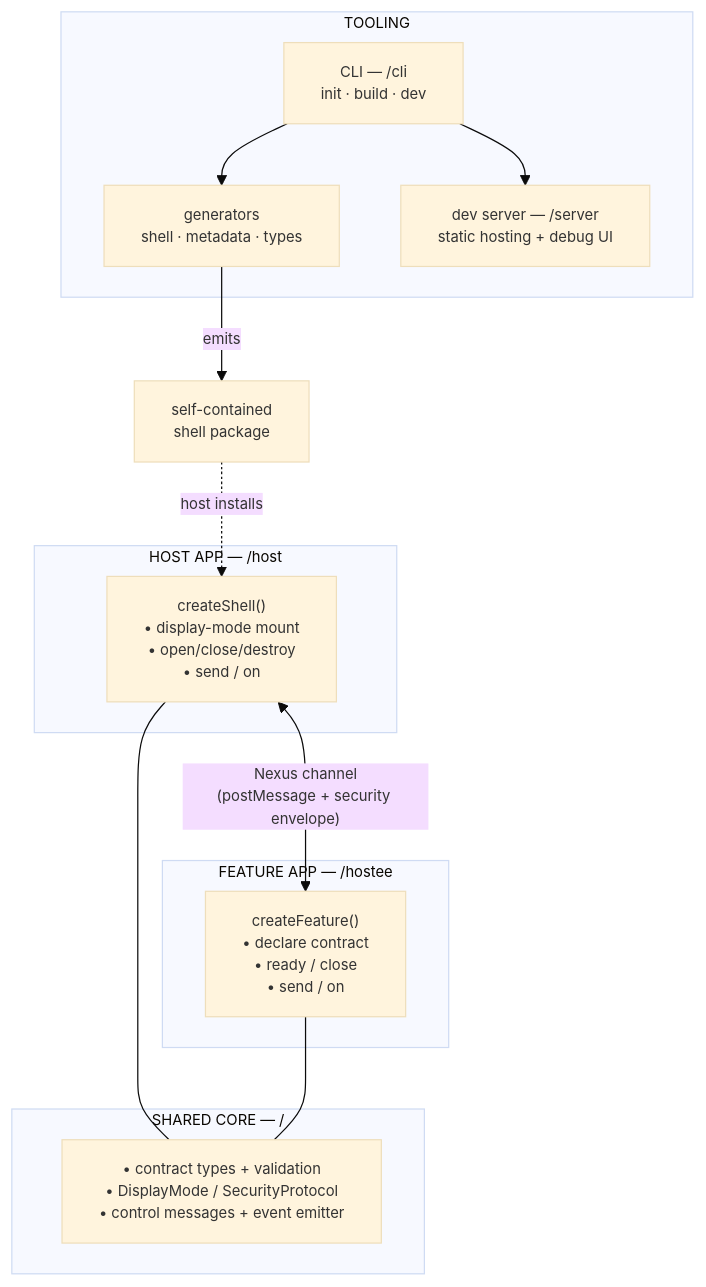
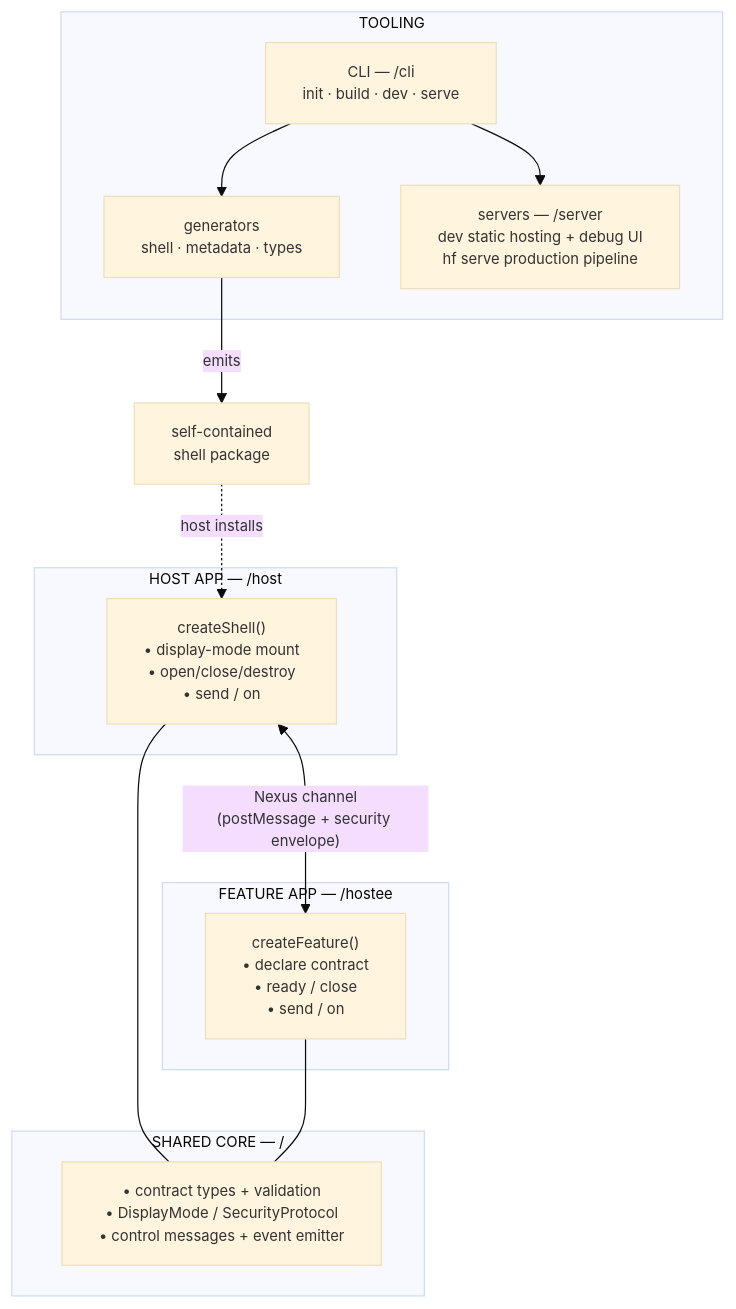
One commit to AndrewRedican/hyperfrontend changed the first of 5 diagrams in libs/features/ARCHITECTURE.md. Above: the diagram before and after it, drawn with Mermaid. The commit also changed other lines of this file and 4 other files, not shown here.

Commit message:
docs(lib-features): document the production serve command

````diff
--- a/libs/features/ARCHITECTURE.md
+++ b/libs/features/ARCHITECTURE.md
@@ -11,31 +11,31 @@
 ```mermaid
 ---
 config:
   theme: base
   themeVariables:
     fontSize: 12px
 ---
 flowchart TB
     subgraph Host["HOST APP — /host"]
         Shell["createShell()<br/>• display-mode mount<br/>• open/close/destroy<br/>• send / on"]
     end
     subgraph Hostee["FEATURE APP — /hostee"]
         Feature["createFeature()<br/>• declare contract<br/>• ready / close<br/>• send / on"]
     end
     subgraph Shared["SHARED CORE — /"]
         Core["• contract types + validation<br/>• DisplayMode / SecurityProtocol<br/>• control messages + event emitter"]
     end
     subgraph Tooling["TOOLING"]
-        Cli["CLI — /cli<br/>init · build · dev"]
+        Cli["CLI — /cli<br/>init · build · dev · serve"]
         Gen["generators<br/>shell · metadata · types"]
-        Server["dev server — /server<br/>static hosting + debug UI"]
+        Server["servers — /server<br/>dev static hosting + debug UI<br/>hf serve production pipeline"]
     end
 
     Shell <-->|"Nexus channel<br/>(postMessage + security envelope)"| Feature
     Shell --- Core
     Feature --- Core
     Cli --> Gen
     Cli --> Server
     Gen -->|"emits"| ShellPkg["self-contained<br/>shell package"]
     ShellPkg -.->|"host installs"| Shell
 ```
````
